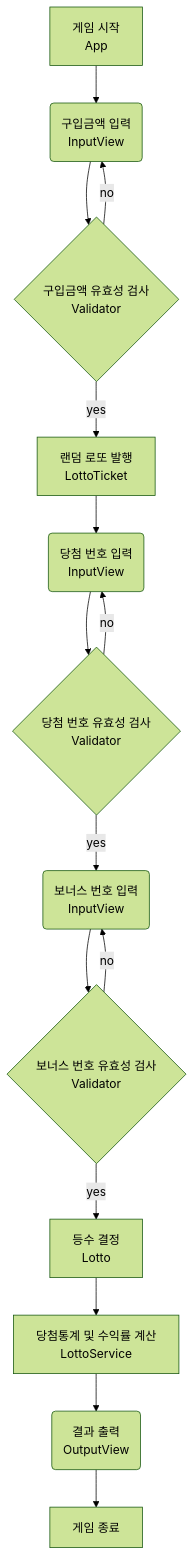
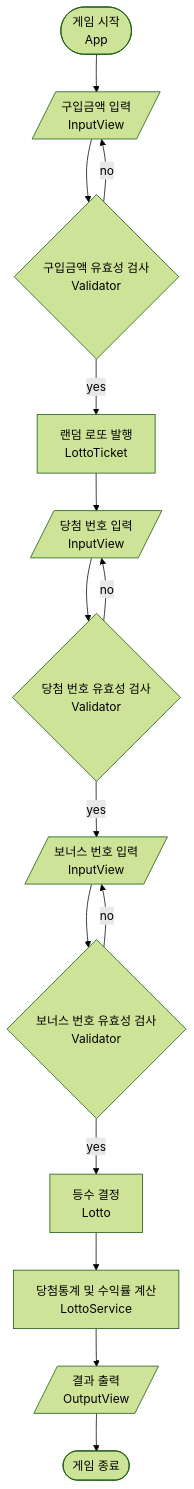
The second of 2 diagrams in docs/README.md (woowacourse-precourse/javascript-lotto-6), drawn with Mermaid (forest theme) before and after one commit.

Commit message:
docs: README.md 수정

````diff
--- a/docs/README.md
+++ b/docs/README.md
@@ -131,20 +131,20 @@
 ```mermaid
 
 flowchart TB
 
-    A[게임 시작 <br> App] --> B(구입금액 입력 <br> InputView)
+    A([게임 시작 <br> App]) --> B[/구입금액 입력 <br> InputView/]
     B --> C{구입금액 유효성 검사 <br> Validator}
     C -->|yes| D[랜덤 로또 발행 <br> LottoTicket]
     C --> |no| B
-    D --> E(당첨 번호 입력 <br> InputView)
+    D --> E[/당첨 번호 입력 <br> InputView/]
     E --> F{당첨 번호 유효성 검사 <br> Validator}
-    F -->|yes| G(보너스 번호 입력 <br> InputView)
+    F -->|yes| G[/보너스 번호 입력 <br> InputView/]
     F --> |no| E
     G --> H{보너스 번호 유효성 검사 <br> Validator}
     H --> |yes| I[등수 결정 <br> Lotto]
     H --> |no| G
     I --> J[당첨통계 및 수익률 계산 <br> LottoService]
-    J --> K(결과 출력 <br >OutputView)
-    K --> L[게임 종료]
+    J --> K[/결과 출력 <br >OutputView/]
+    K --> L([게임 종료])
 
 ```
````
